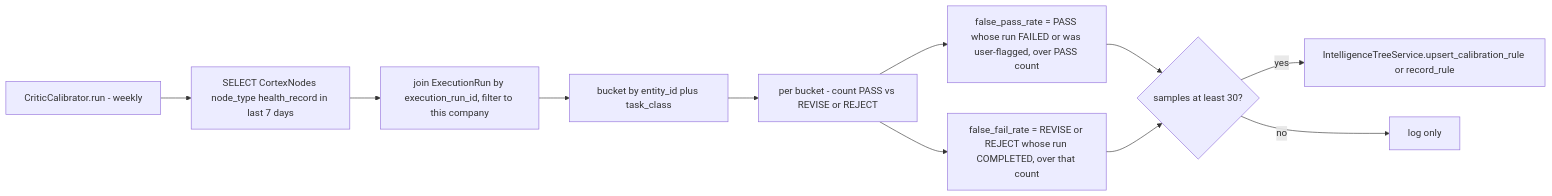
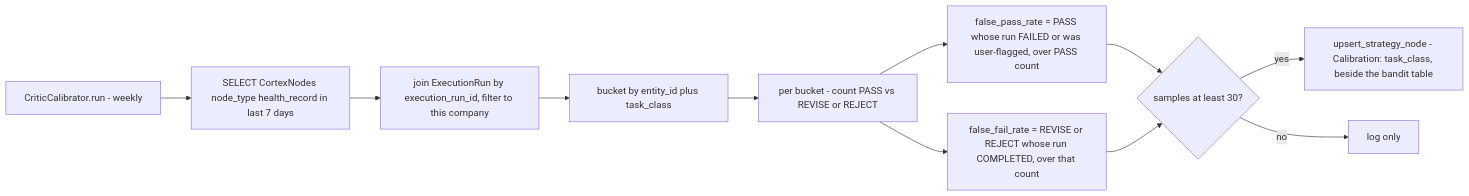
One commit to gondolerahul/hire-buddha-app changed diagram 24 of 27 in docs/current/07-planning-and-critics.md. Above: the diagram before and after it, drawn with Mermaid. The commit also changed other lines of this file and 8 other files, not shown here.

````diff
--- a/docs/current/07-planning-and-critics.md
+++ b/docs/current/07-planning-and-critics.md
@@ -1859,13 +1859,13 @@
 ```mermaid
 flowchart LR
     A["CriticCalibrator.run - weekly"] --> B["SELECT CortexNodes node_type health_record in last 7 days"]
     B --> C["join ExecutionRun by execution_run_id, filter to this company"]
     C --> D["bucket by entity_id plus task_class"]
     D --> E["per bucket - count PASS vs REVISE or REJECT"]
     E --> F["false_pass_rate = PASS whose run FAILED or was user-flagged, over PASS count"]
     E --> G["false_fail_rate = REVISE or REJECT whose run COMPLETED, over that count"]
     F --> H{"samples at least 30?"}
     G --> H
-    H -->|yes| I["IntelligenceTreeService.upsert_calibration_rule or record_rule"]
+    H -->|yes| I["upsert_strategy_node - Calibration: task_class, beside the bandit table"]
     H -->|no| J["log only"]
 ```
````
